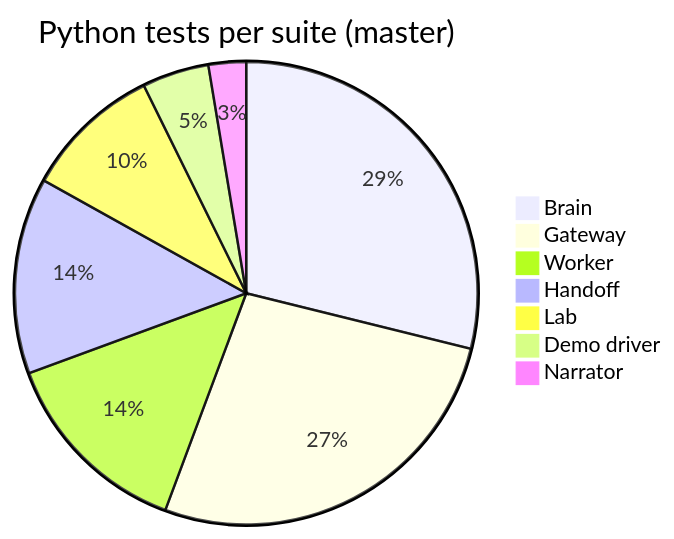
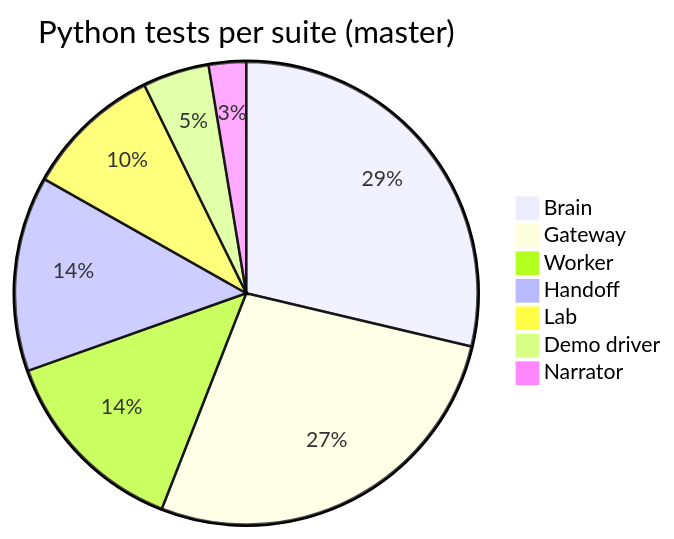
The diagram in prototype-docs/10_TESTING.md (yashodeepchaudhari/tenantguard), drawn with Mermaid before and after one commit. The commit also changed other lines of this file and 3 other files, not shown here.

````diff
--- a/prototype-docs/10_TESTING.md
+++ b/prototype-docs/10_TESTING.md
@@ -21,10 +21,10 @@
 ```mermaid
 pie title Python tests per suite (master)
   "Brain" : 99
-  "Gateway" : 92
+  "Gateway" : 94
   "Worker" : 47
   "Handoff" : 47
   "Lab" : 33
   "Demo driver" : 16
   "Narrator" : 9
 ```
````
